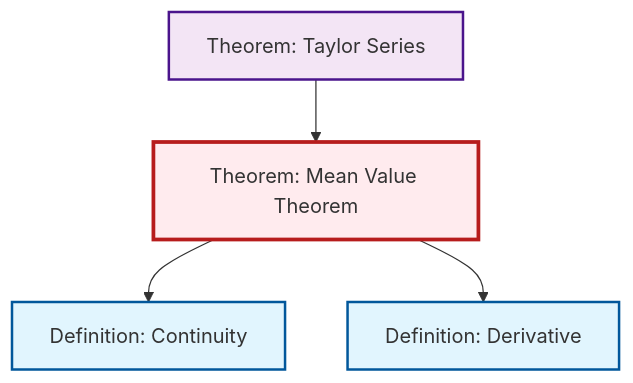
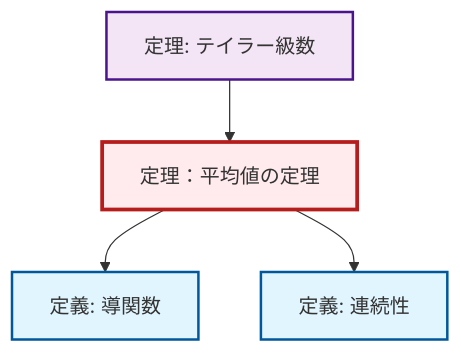
The diagram in content/ja/analysis/thm-mean-value.qmd (RK0429/ModernMath), drawn with Mermaid before and after one commit. The commit also changed 1069 other files, not shown here.

````diff
--- a/content/ja/analysis/thm-mean-value.qmd
+++ b/content/ja/analysis/thm-mean-value.qmd
@@ -80,20 +80,20 @@
 ```{mermaid}
 %%| fig-cap: "Local dependency graph"
 graph TD
     classDef definition fill:#e1f5fe,stroke:#01579b,stroke-width:2px
     classDef theorem fill:#f3e5f5,stroke:#4a148c,stroke-width:2px
     classDef axiom fill:#fff3e0,stroke:#e65100,stroke-width:2px
     classDef example fill:#e8f5e9,stroke:#1b5e20,stroke-width:2px
     classDef current fill:#ffebee,stroke:#b71c1c,stroke-width:3px
-    def-continuity["Definition: Continuity"]:::definition
-    def-derivative["Definition: Derivative"]:::definition
-    thm-taylor-series["Theorem: Taylor Series"]:::theorem
-    thm-mean-value["Theorem: Mean Value Theorem"]:::theorem
+    def-derivative["定義: 導関数"]:::definition
+    thm-taylor-series["定理: テイラー級数"]:::theorem
+    thm-mean-value["定理：平均値の定理"]:::theorem
+    def-continuity["定義: 連続性"]:::definition
+    thm-mean-value --> def-derivative
     thm-taylor-series --> thm-mean-value
     thm-mean-value --> def-continuity
-    thm-mean-value --> def-derivative
     class thm-mean-value current
-    click def-continuity "def-continuity.html" "Definition: Continuityへ"
-    click def-derivative "def-derivative.html" "Definition: Derivativeへ"
-    click thm-taylor-series "thm-taylor-series.html" "Theorem: Taylor Seriesへ"
+    click def-derivative "def-derivative.html" "導関数の定義へ"
+    click thm-taylor-series "thm-taylor-series.html" "テイラー級数の定理へ"
+    click def-continuity "def-continuity.html" "連続性の定義へ"
 ```
````
